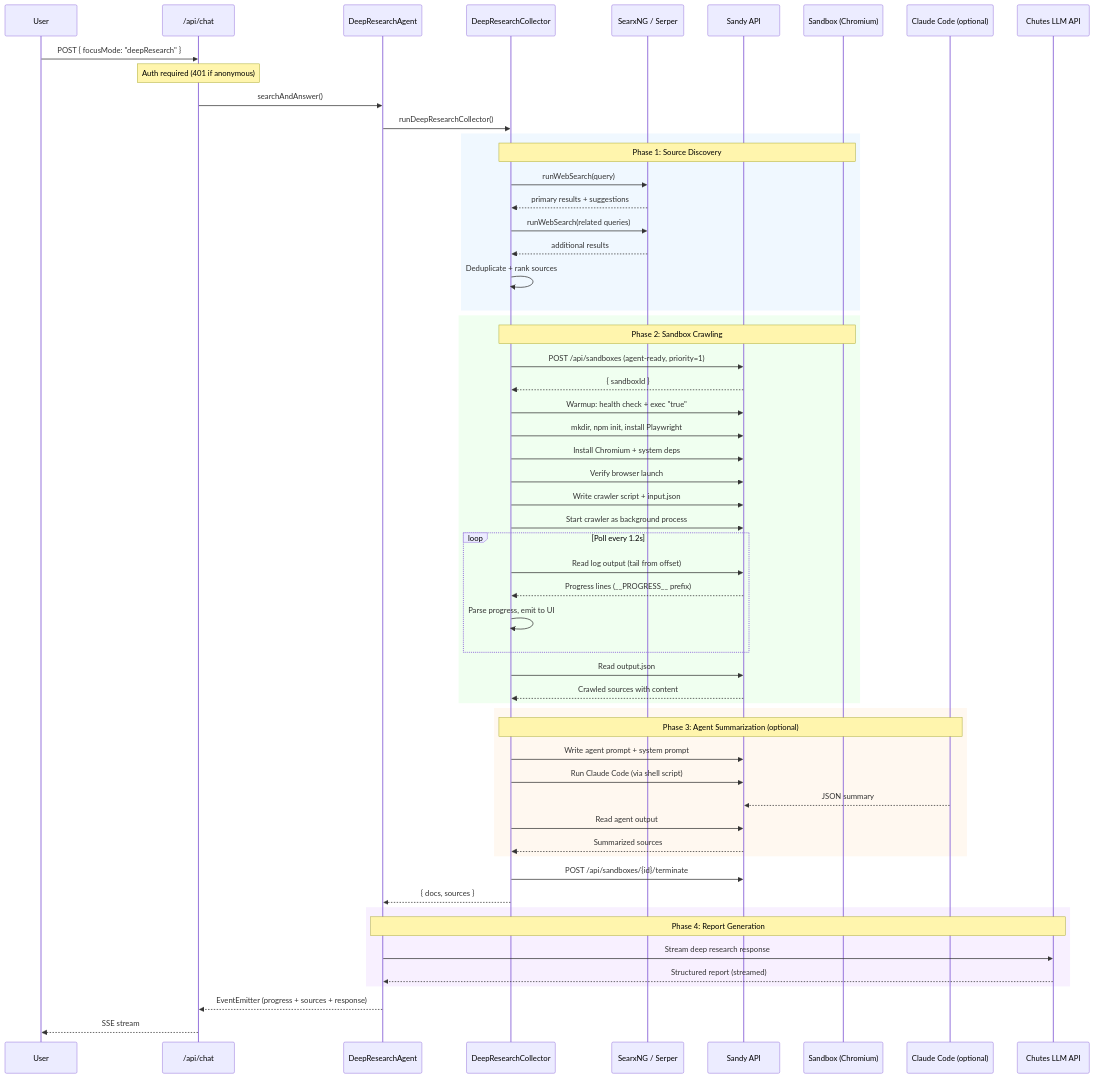
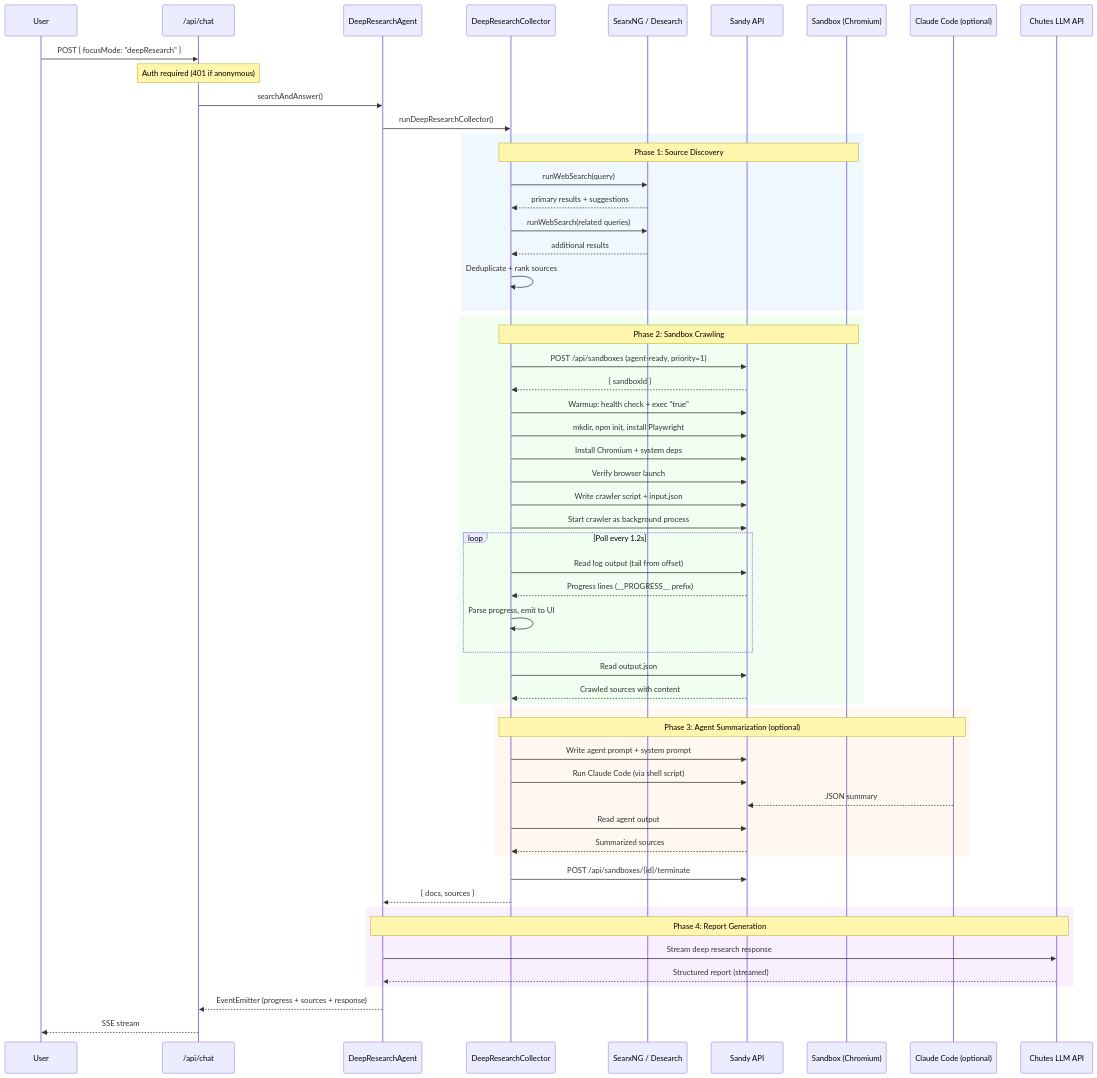
Before and after one commit to chutesai/chutes-search: the first of 3 diagrams in docs2/02-sandy-integration.md, drawn with Mermaid. The commit also changed other lines of this file and 17 other files, not shown here.

Commit message:
Switch web search fallback to Desearch

````diff
--- a/docs2/02-sandy-integration.md
+++ b/docs2/02-sandy-integration.md
@@ -9,67 +9,67 @@
 ```mermaid
 sequenceDiagram
     participant User
     participant API as /api/chat
     participant DRA as DeepResearchAgent
     participant DRC as DeepResearchCollector
-    participant Search as SearxNG / Serper
+    participant Search as SearxNG / Desearch
     participant Sandy as Sandy API
     participant SB as Sandbox (Chromium)
     participant Agent as Claude Code (optional)
     participant LLM as Chutes LLM API
 
     User->>API: POST { focusMode: "deepResearch" }
     Note over API: Auth required (401 if anonymous)
 
     API->>DRA: searchAndAnswer()
     DRA->>DRC: runDeepResearchCollector()
 
     rect rgb(240, 248, 255)
         Note over DRC,SB: Phase 1: Source Discovery
         DRC->>Search: runWebSearch(query)
         Search-->>DRC: primary results + suggestions
         DRC->>Search: runWebSearch(related queries)
         Search-->>DRC: additional results
         DRC->>DRC: Deduplicate + rank sources
     end
 
     rect rgb(240, 255, 240)
         Note over DRC,SB: Phase 2: Sandbox Crawling
         DRC->>Sandy: POST /api/sandboxes (agent-ready, priority=1)
         Sandy-->>DRC: { sandboxId }
         DRC->>Sandy: Warmup: health check + exec "true"
         DRC->>Sandy: mkdir, npm init, install Playwright
         DRC->>Sandy: Install Chromium + system deps
         DRC->>Sandy: Verify browser launch
         DRC->>Sandy: Write crawler script + input.json
         DRC->>Sandy: Start crawler as background process
         loop Poll every 1.2s
             DRC->>Sandy: Read log output (tail from offset)
             Sandy-->>DRC: Progress lines (__PROGRESS__ prefix)
             DRC->>DRC: Parse progress, emit to UI
         end
         DRC->>Sandy: Read output.json
         Sandy-->>DRC: Crawled sources with content
     end
 
     rect rgb(255, 248, 240)
         Note over DRC,Agent: Phase 3: Agent Summarization (optional)
         DRC->>Sandy: Write agent prompt + system prompt
         DRC->>Sandy: Run Claude Code (via shell script)
         Agent-->>Sandy: JSON summary
         DRC->>Sandy: Read agent output
         Sandy-->>DRC: Summarized sources
     end
 
     DRC->>Sandy: POST /api/sandboxes/{id}/terminate
     DRC-->>DRA: { docs, sources }
 
     rect rgb(248, 240, 255)
         Note over DRA,LLM: Phase 4: Report Generation
         DRA->>LLM: Stream deep research response
         LLM-->>DRA: Structured report (streamed)
     end
 
     DRA-->>API: EventEmitter (progress + sources + response)
     API-->>User: SSE stream
 ```
````
